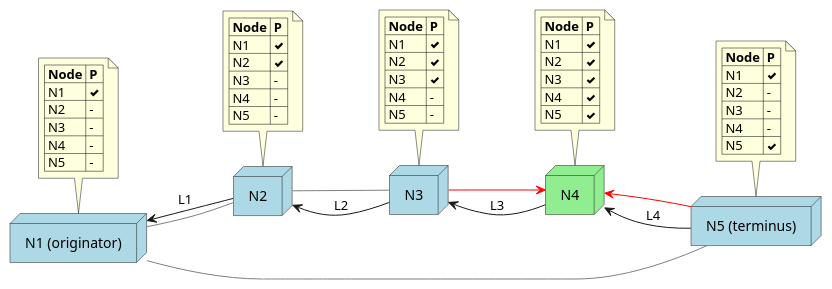
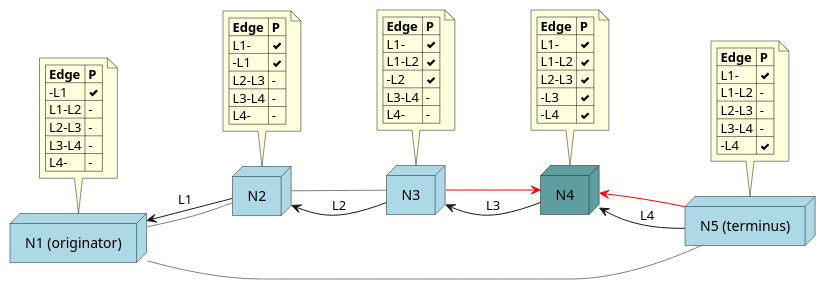
Before and after one commit to gotchoices/ChipNet: the diagram in doc/figures/promise-end.puml, drawn with PlantUML. The commit also changed 40 other files, not shown here.

```diff
--- a/doc/figures/promise-end.puml
+++ b/doc/figures/promise-end.puml
@@ -1,65 +1,65 @@
 @startuml
 left to right direction
 
 node "N1 (originator)" as N1 #LightBlue
 node N2 #LightBlue
 node N3 #LightBlue
-node N4 #LightGreen
+node N4 #CadetBlue
 node "N5 (terminus)" as N5 #LightBlue
 
 N2 -[#Gray]- N1
 N1 <-- N2 : L1
 N2 <-- N3 : L2
 N3 -[#Gray]- N2
 N3 <-- N4 : L3
 N4 <-[#Red]- N3
 N4 <-- N5 : L4
 N5 -[#Red]-> N4
 N1 -[#Gray]- N5
 
 note top of N1
-    |= Node |= P |
-    | N1 | <&check> |
-    | N2 | - |
-    | N3 | - |
-    | N4 | - |
-    | N5 | - |
+    |= Edge |= P |
+    | -L1 | <&check> |
+    | L1-L2 | - |
+    | L2-L3 | - |
+    | L3-L4 | - |
+    | L4- | - |
 end note
 
 note top of N2
-    |= Node |= P |
-    | N1 | <&check> |
-    | N2 | <&check> |
-    | N3 | - |
-    | N4 | - |
-    | N5 | - |
+    |= Edge |= P |
+    | L1- | <&check> |
+    | -L1 | <&check> |
+    | L2-L3 | - |
+    | L3-L4 | - |
+    | L4- | - |
 end note
 
 note top of N3
-    |= Node |= P |
-    | N1 | <&check> |
-    | N2 | <&check> |
-    | N3 | <&check> |
-    | N4 | - |
-    | N5 | - |
+    |= Edge |= P |
+    | L1- | <&check> |
+    | L1-L2 | <&check> |
+    | -L2 | <&check> |
+    | L3-L4 | - |
+    | L4- | - |
 end note
 
 note top of N5
-    |= Node |= P |
-    | N1 | <&check> |
-    | N2 | - |
-    | N3 | - |
-    | N4 | - |
-    | N5 | <&check> |
+    |= Edge |= P |
+    | L1- | <&check> |
+    | L1-L2 | - |
+    | L2-L3 | - |
+    | L3-L4 | - |
+    | -L4 | <&check> |
 end note
 
 note top of N4
-    |= Node |= P |
-    | N1 | <&check> |
-    | N2 | <&check> |
-    | N3 | <&check> |
-    | N4 | <&check> |
-    | N5 | <&check> |
+    |= Edge |= P |
+    | L1- | <&check> |
+    | L1-L2 | <&check> |
+    | L2-L3 | <&check> |
+    | -L3 | <&check> |
+    | -L4 | <&check> |
 end note
 
 @enduml
```
